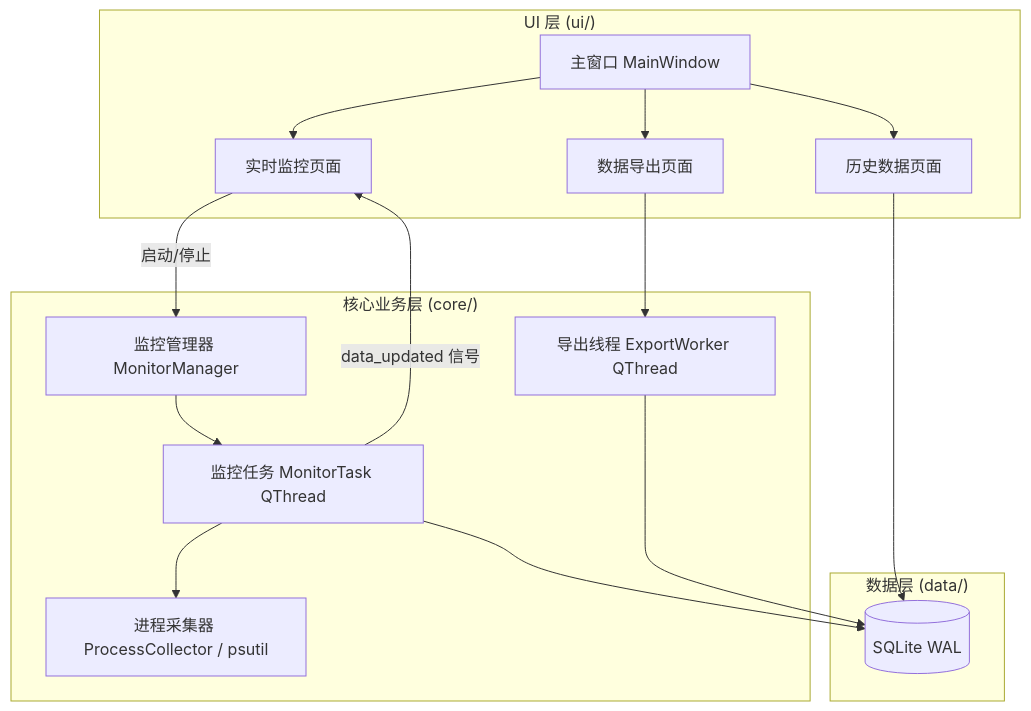
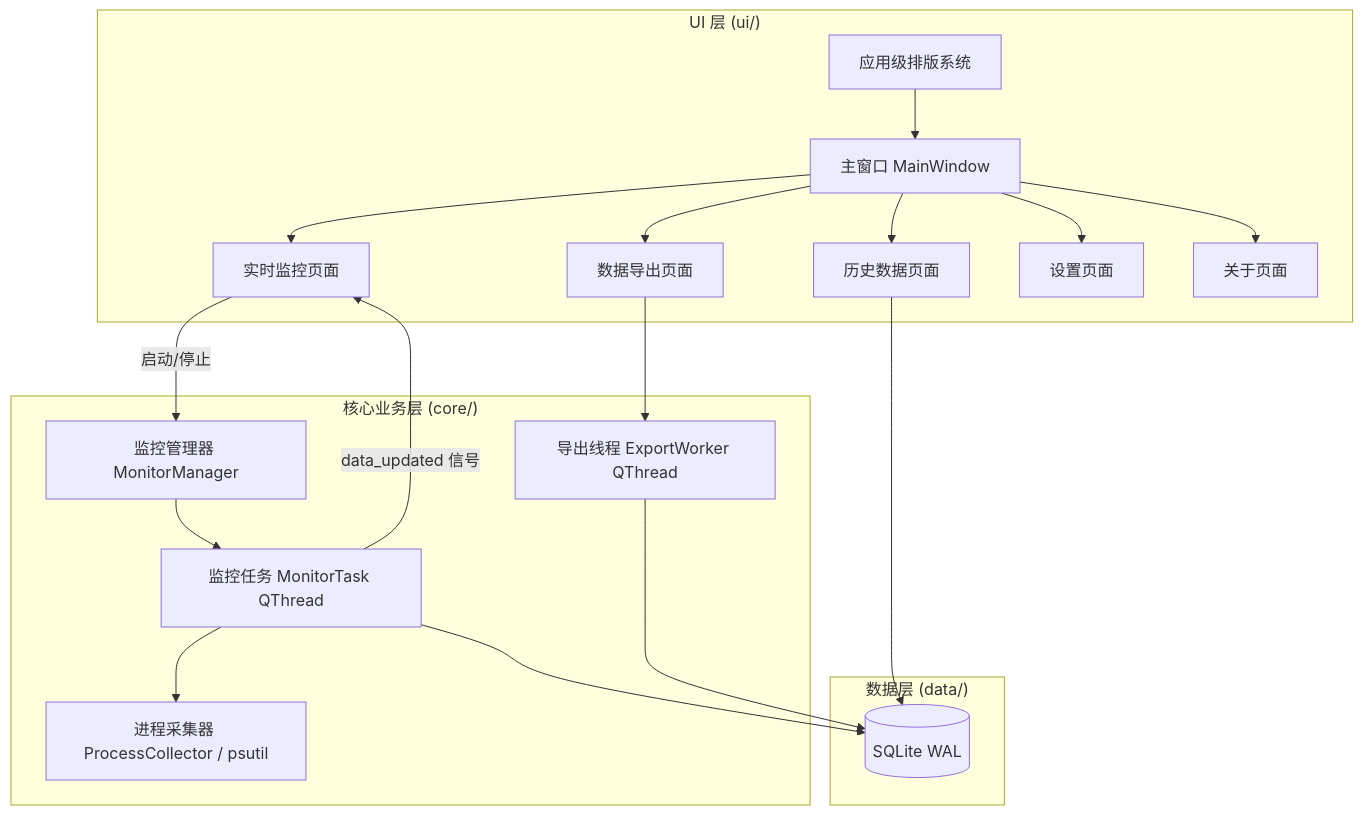
One commit to liujialu0330/ProcessMonitor changed the diagram in README.zh-CN.md. Above: the diagram before and after it, drawn with Mermaid. The commit also changed other lines of this file and 26 other files, not shown here.

````diff
--- a/README.zh-CN.md
+++ b/README.zh-CN.md
@@ -91,21 +94,24 @@
 ```mermaid
 flowchart TD
     subgraph UI["UI 层 (ui/)"]
         MW[主窗口 MainWindow] --> MP[实时监控页面]
         MW --> HP[历史数据页面]
         MW --> EP[数据导出页面]
+        MW --> SP[设置页面]
+        MW --> AP[关于页面]
+        TS[应用级排版系统] --> MW
     end
     subgraph Core["核心业务层 (core/)"]
         MM[监控管理器 MonitorManager] --> MT[监控任务 MonitorTask QThread]
         MT --> PC[进程采集器 ProcessCollector / psutil]
         EW[导出线程 ExportWorker QThread]
     end
     subgraph Data["数据层 (data/)"]
         DB[(SQLite WAL)]
     end
     MP -->|启动/停止| MM
     MT -->|data_updated 信号| MP
     MT --> DB
     HP --> DB
     EP --> EW --> DB
 ```
````
